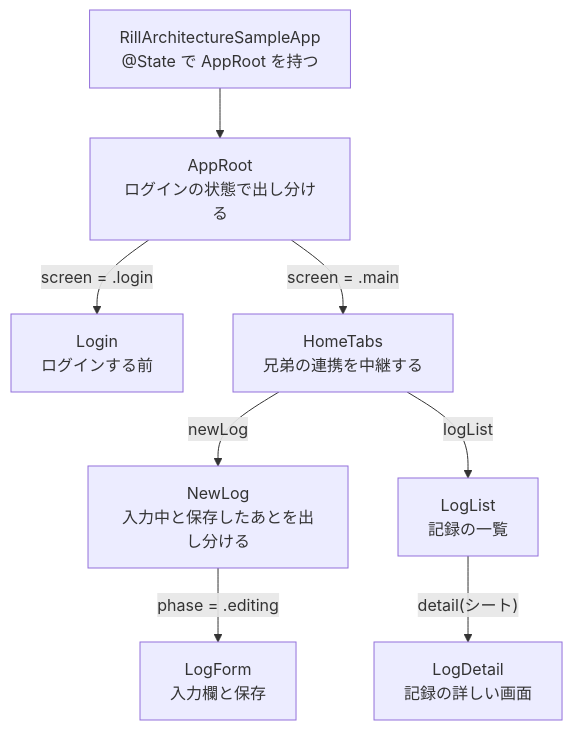
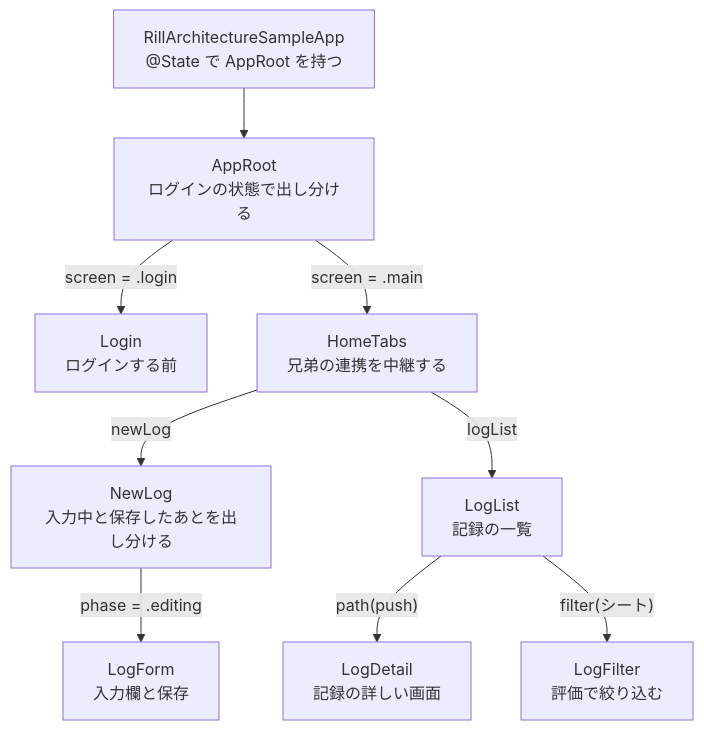
One commit to kz56cd/RillArchitectureSample changed the third of 7 diagrams in docs/architecture.md. Above: the diagram before and after it, drawn with Mermaid. The commit also changed other lines of this file and 17 other files, not shown here.

````diff
--- a/docs/architecture.md
+++ b/docs/architecture.md
@@ -63,11 +63,12 @@
 ```mermaid
 flowchart TD
     App["RillArchitectureSampleApp<br/>@State で AppRoot を持つ"] --> AppRoot
     AppRoot["AppRoot<br/>ログインの状態で出し分ける"]
     AppRoot -- "screen = .login" --> Login["Login<br/>ログインする前"]
     AppRoot -- "screen = .main" --> HomeTabs["HomeTabs<br/>兄弟の連携を中継する"]
     HomeTabs -- "newLog" --> NewLog["NewLog<br/>入力中と保存したあとを出し分ける"]
     HomeTabs -- "logList" --> LogList["LogList<br/>記録の一覧"]
     NewLog -- "phase = .editing" --> LogForm["LogForm<br/>入力欄と保存"]
-    LogList -- "detail(シート)" --> LogDetail["LogDetail<br/>記録の詳しい画面"]
+    LogList -- "path(push)" --> LogDetail["LogDetail<br/>記録の詳しい画面"]
+    LogList -- "filter(シート)" --> LogFilter["LogFilter<br/>評価で絞り込む"]
 ```
````
